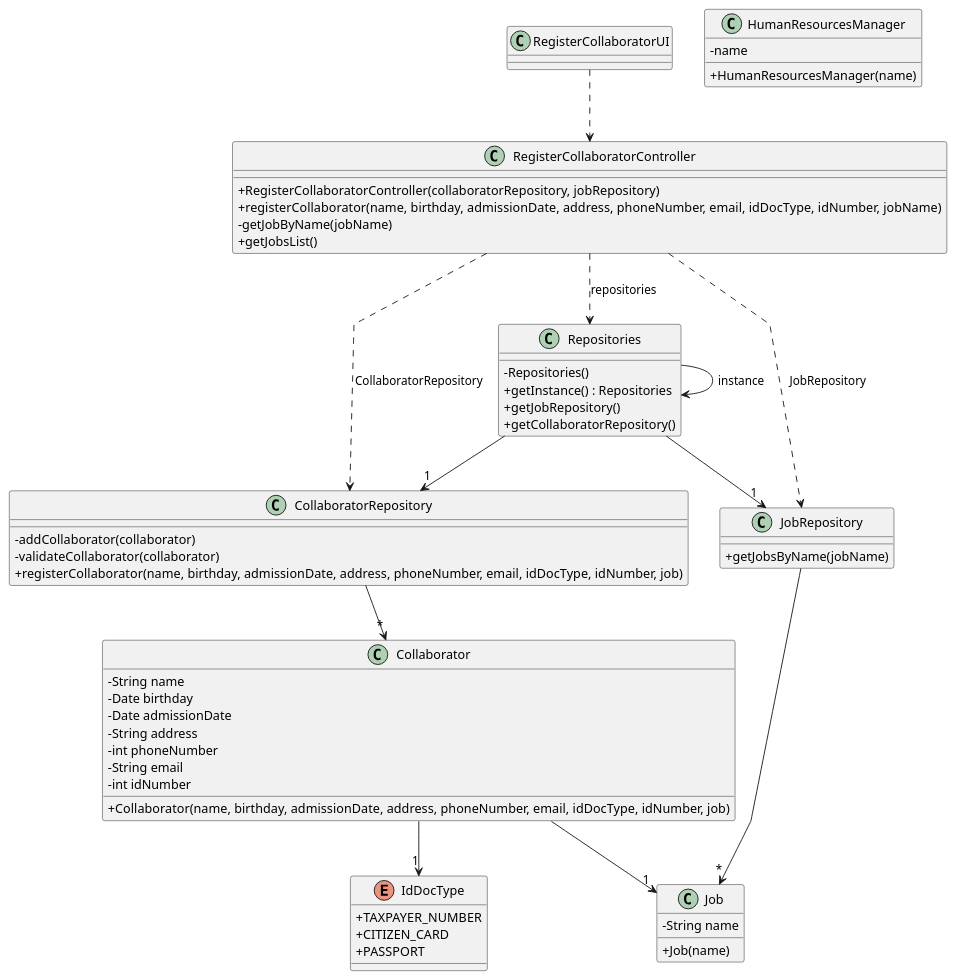
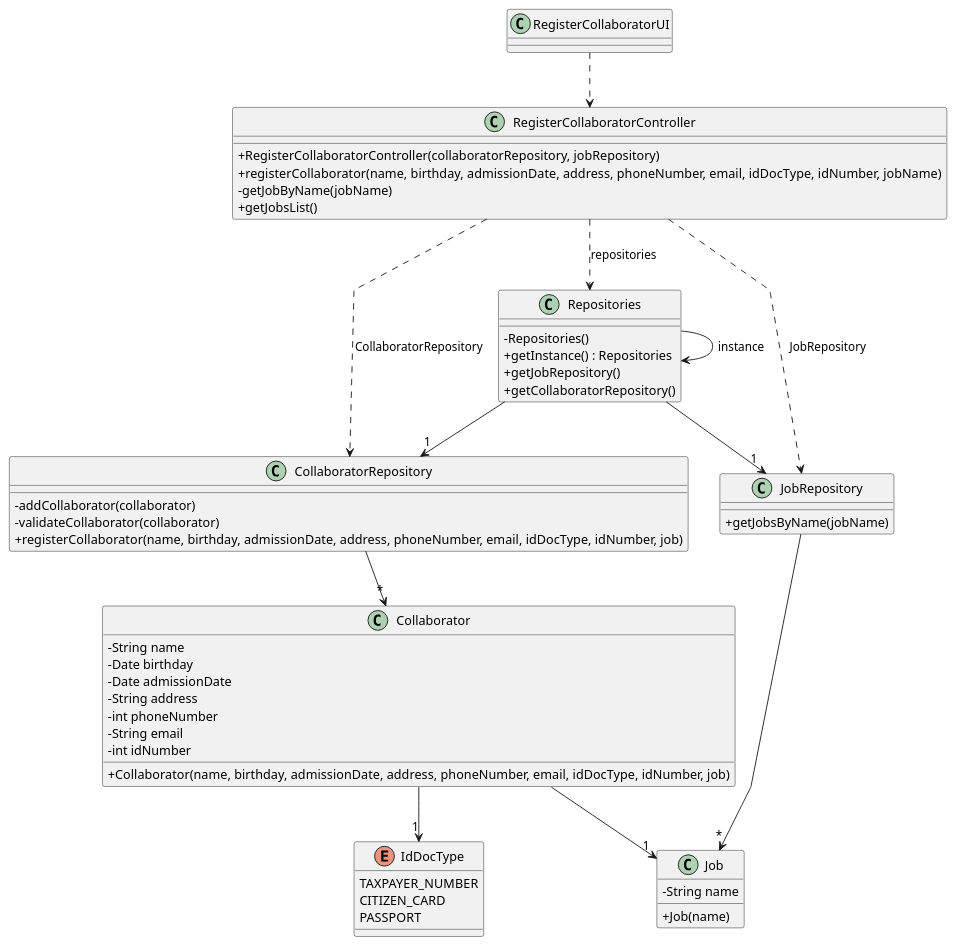
The diagram in docs/sprintA&B/us003/03.design/puml/us003-class-diagram.puml (daniel41silva05/ISEP_2023_2024_LAPR2), drawn with PlantUML before and after one commit. The commit also changed 8 other files, not shown here.

Commit message:
ED-17: class correction diagram and java doc

```diff
--- a/docs/sprintA&B/us003/03.design/puml/us003-class-diagram.puml
+++ b/docs/sprintA&B/us003/03.design/puml/us003-class-diagram.puml
@@ -1,78 +1,73 @@
 @startuml
 'skinparam monochrome true
 skinparam packageStyle rectangle
 skinparam shadowing false
 skinparam linetype polyline
 'skinparam linetype orto
 
 skinparam classAttributeIconSize 0
 
 'left to right direction
 
 class RegisterCollaboratorUI {
 }
 
 class RegisterCollaboratorController {
     +RegisterCollaboratorController(collaboratorRepository, jobRepository)
     +registerCollaborator(name, birthday, admissionDate, address, phoneNumber, email, idDocType, idNumber, jobName)
     -getJobByName(jobName)
     +getJobsList()
 }
 
 class CollaboratorRepository {
     -addCollaborator(collaborator)
     -validateCollaborator(collaborator)
     +registerCollaborator(name, birthday, admissionDate, address, phoneNumber, email, idDocType, idNumber, job)
 }
 
 class Collaborator {
     -String name
     -Date birthday
     -Date admissionDate
     -String address
     -int phoneNumber
     -String email
     -int idNumber
     +Collaborator(name, birthday, admissionDate, address, phoneNumber, email, idDocType, idNumber, job)
 }
 
 class JobRepository {
     +getJobsByName(jobName)
 }
 
 class Job {
     -String name
     +Job(name)
 }
 
-class HumanResourcesManager {
-    - name
-    +HumanResourcesManager(name)
-}
-
 class Repositories {
     - Repositories()
     + getInstance() : Repositories
     + getJobRepository()
     + getCollaboratorRepository()
 }
 
 enum IdDocType {
-    + TAXPAYER_NUMBER
-    + CITIZEN_CARD
-    + PASSPORT
+    TAXPAYER_NUMBER
+    CITIZEN_CARD
+    PASSPORT
 }
 
 RegisterCollaboratorUI ..> RegisterCollaboratorController
 RegisterCollaboratorController ..> Repositories: repositories
 RegisterCollaboratorController ..> CollaboratorRepository: CollaboratorRepository
 RegisterCollaboratorController ..> JobRepository: JobRepository
 Repositories --> Repositories: instance
 Repositories --> "1" CollaboratorRepository
 Repositories --> "1" JobRepository
 CollaboratorRepository --> "*" Collaborator
 JobRepository --> "*" Job
 Collaborator --> "1" Job
 Collaborator --> "1" IdDocType
 
 @enduml
```
